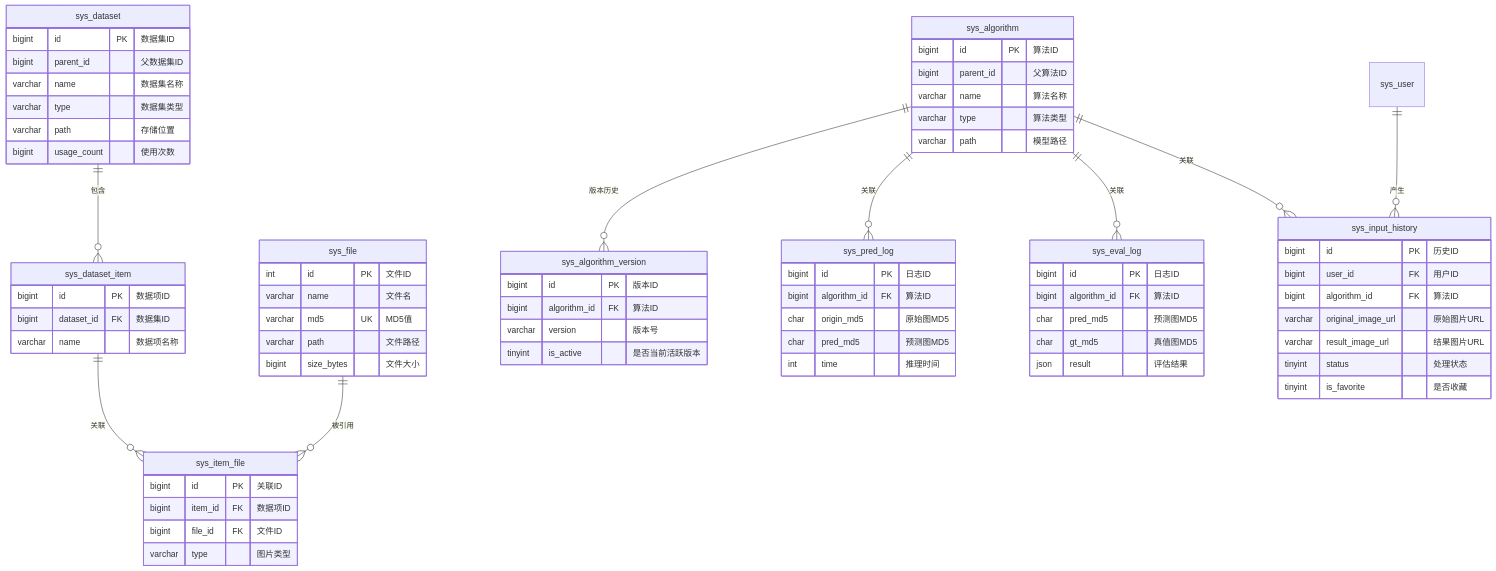
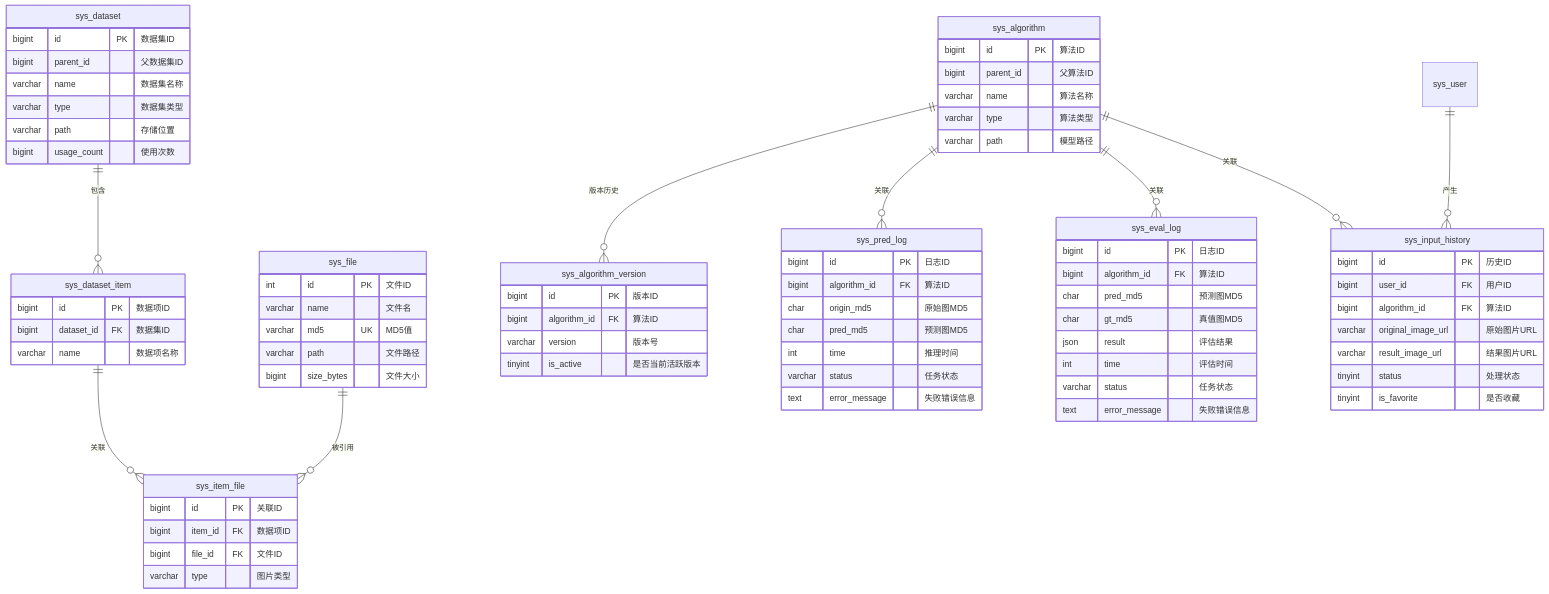
The third of 3 diagrams in dehaze-doc/docs/02-系统架构/03-数据库设计.md (earthy-zinc/dehaze-system), drawn with Mermaid before and after one commit. The commit also changed other lines of this file and 136 other files, not shown here.

```diff
--- a/dehaze-doc/docs/02-系统架构/03-数据库设计.md
+++ b/dehaze-doc/docs/02-系统架构/03-数据库设计.md
@@ -197,6 +197,8 @@
         char origin_md5 "原始图MD5"
         char pred_md5 "预测图MD5"
         int time "推理时间"
+        varchar status "任务状态"
+        text error_message "失败错误信息"
     }
 
     sys_eval_log {
@@ -205,6 +207,9 @@
         char pred_md5 "预测图MD5"
         char gt_md5 "真值图MD5"
         json result "评估结果"
+        int time "评估时间"
+        varchar status "任务状态"
+        text error_message "失败错误信息"
     }
 
     sys_input_history {
```
